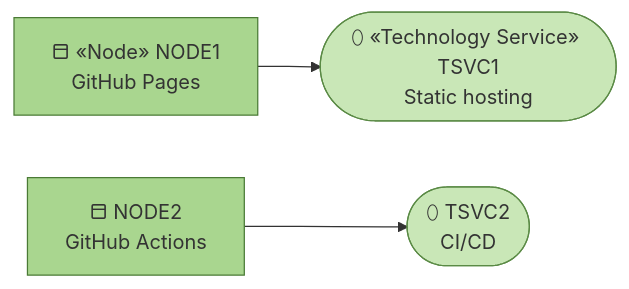
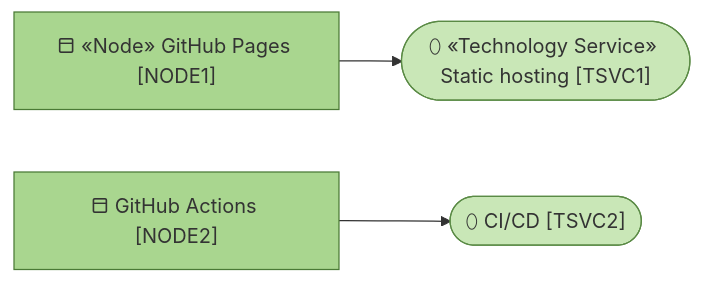
The second of 2 diagrams in product-archreator/site/architecture/5_technology/1_technology-services.md (roanboc/architecture-archreator), drawn with Mermaid before and after one commit. The commit also changed other lines of this file and 38 other files, not shown here.

````diff
--- a/product-archreator/site/architecture/5_technology/1_technology-services.md
+++ b/product-archreator/site/architecture/5_technology/1_technology-services.md
@@ -29,14 +29,14 @@
 ```mermaid
 flowchart LR
-  node1["⬒ «Node» NODE1<br>GitHub Pages"]:::node
-  node2["⬒ NODE2<br>GitHub Actions"]:::node
+  node1["⬒ «Node» GitHub Pages [NODE1]"]:::node
+  node2["⬒ GitHub Actions [NODE2]"]:::node
 
-  tsvc1(["⬯ «Technology Service» TSVC1<br>Static hosting"]):::techservice
-  tsvc2(["⬯ TSVC2<br>CI/CD"]):::techservice
+  tsvc1(["⬯ «Technology Service» Static hosting [TSVC1]"]):::techservice
+  tsvc2(["⬯ CI/CD [TSVC2]"]):::techservice
 
   node1 --> tsvc1
   node2 --> tsvc2
 
   classDef node fill:#a9d68f,stroke:#4a7a35,color:#333
   classDef techservice fill:#c9e7b7,stroke:#5a8a45,color:#333
 ```
````
